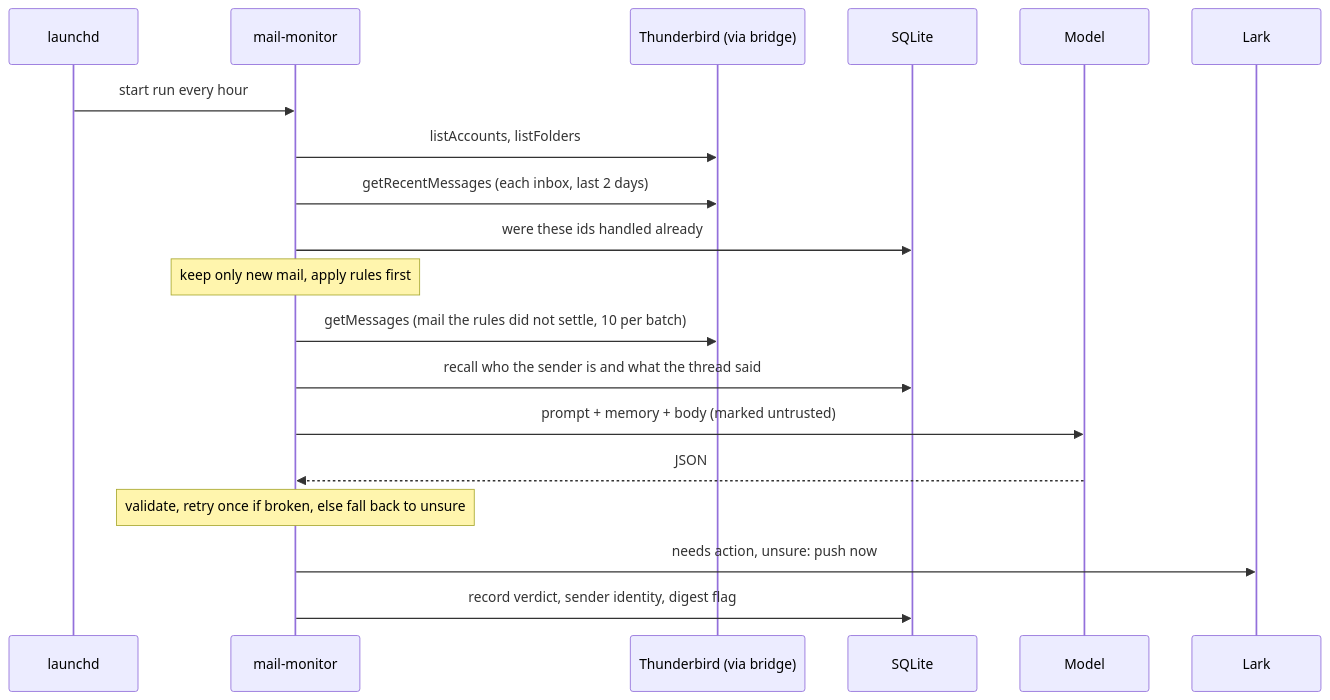
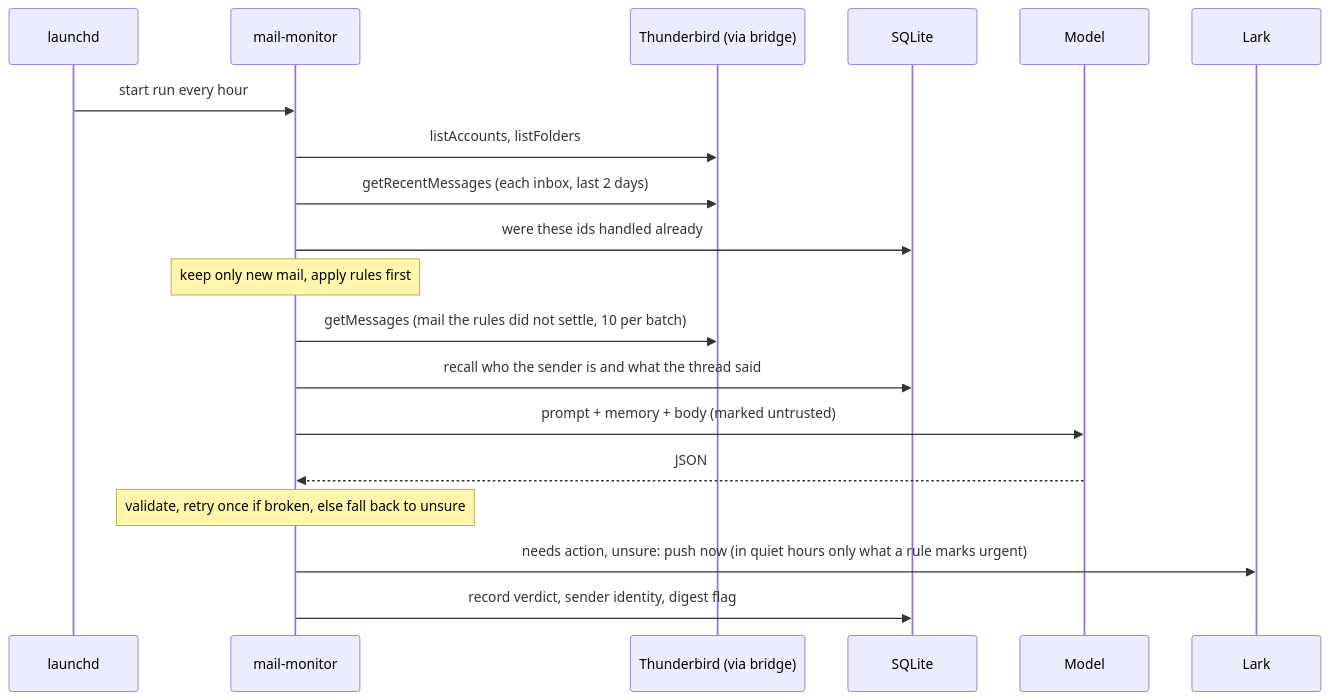
Before and after one commit to yuhang2551/thunderbird-mail-agent: the second of 3 diagrams in monitor/docs/architecture_EN.md, drawn with Mermaid. The commit also changed other lines of this file and 26 other files, not shown here.

````diff
--- a/monitor/docs/architecture_EN.md
+++ b/monitor/docs/architecture_EN.md
@@ -47,21 +47,21 @@
 ```mermaid
 sequenceDiagram
     participant L as launchd
     participant M as mail-monitor
     participant T as Thunderbird (via bridge)
     participant D as SQLite
     participant A as Model
     participant K as Lark
     L->>M: start run every hour
     M->>T: listAccounts, listFolders
     M->>T: getRecentMessages (each inbox, last 2 days)
     M->>D: were these ids handled already
     Note over M: keep only new mail, apply rules first
     M->>T: getMessages (mail the rules did not settle, 10 per batch)
     M->>D: recall who the sender is and what the thread said
     M->>A: prompt + memory + body (marked untrusted)
     A-->>M: JSON
     Note over M: validate, retry once if broken, else fall back to unsure
-    M->>K: needs action, unsure: push now
+    M->>K: needs action, unsure: push now (in quiet hours only what a rule marks urgent)
     M->>D: record verdict, sender identity, digest flag
 ```
````
